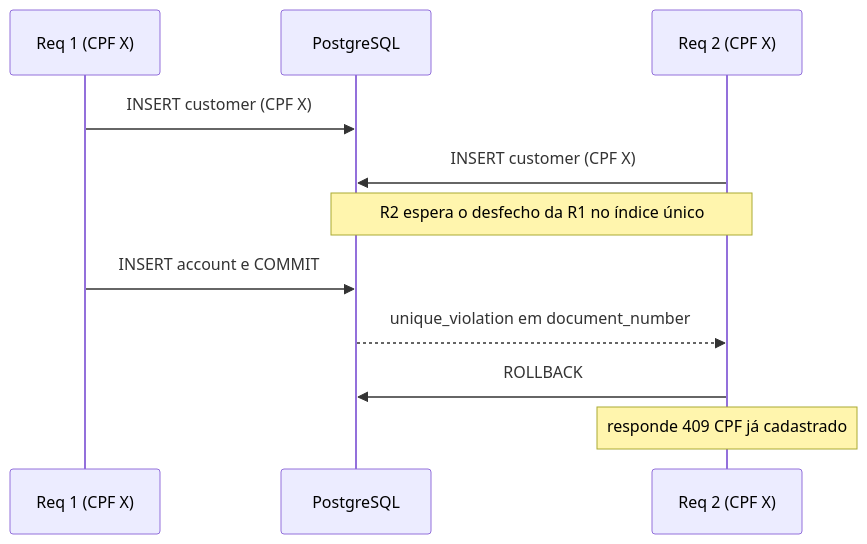
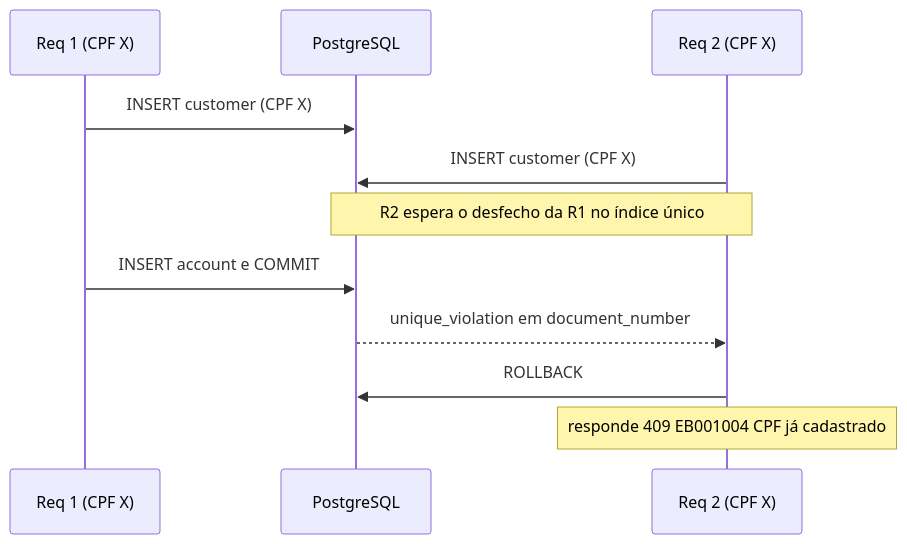
Before and after one commit to fernandobvm/bootcamp-qi-26-bankrepo: the third of 10 diagrams in bootcamp-rfc-modelo.md, drawn with Mermaid. The commit also changed other lines of this file and 1 other file, not shown here.

````diff
--- a/bootcamp-rfc-modelo.md
+++ b/bootcamp-rfc-modelo.md
@@ -210,14 +239,14 @@
 ```mermaid
 sequenceDiagram
     participant R1 as Req 1 (CPF X)
     participant DB as PostgreSQL
     participant R2 as Req 2 (CPF X)
 
     R1->>DB: INSERT customer (CPF X)
     R2->>DB: INSERT customer (CPF X)
     Note over R2,DB: R2 espera o desfecho da R1 no índice único
     R1->>DB: INSERT account e COMMIT
     DB-->>R2: unique_violation em document_number
     R2->>DB: ROLLBACK
-    Note over R2: responde 409 CPF já cadastrado
+    Note over R2: responde 409 EB001004 CPF já cadastrado
 ```
````
